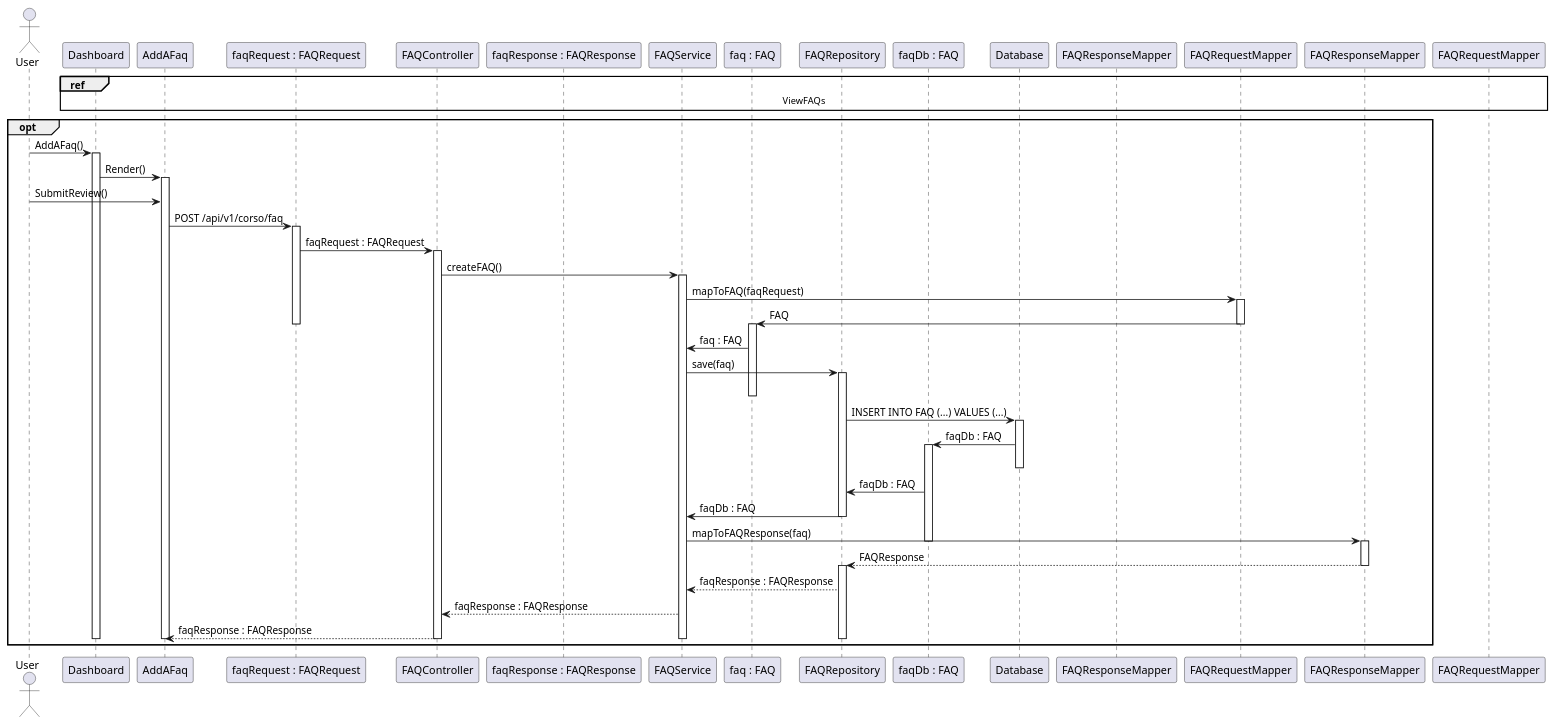
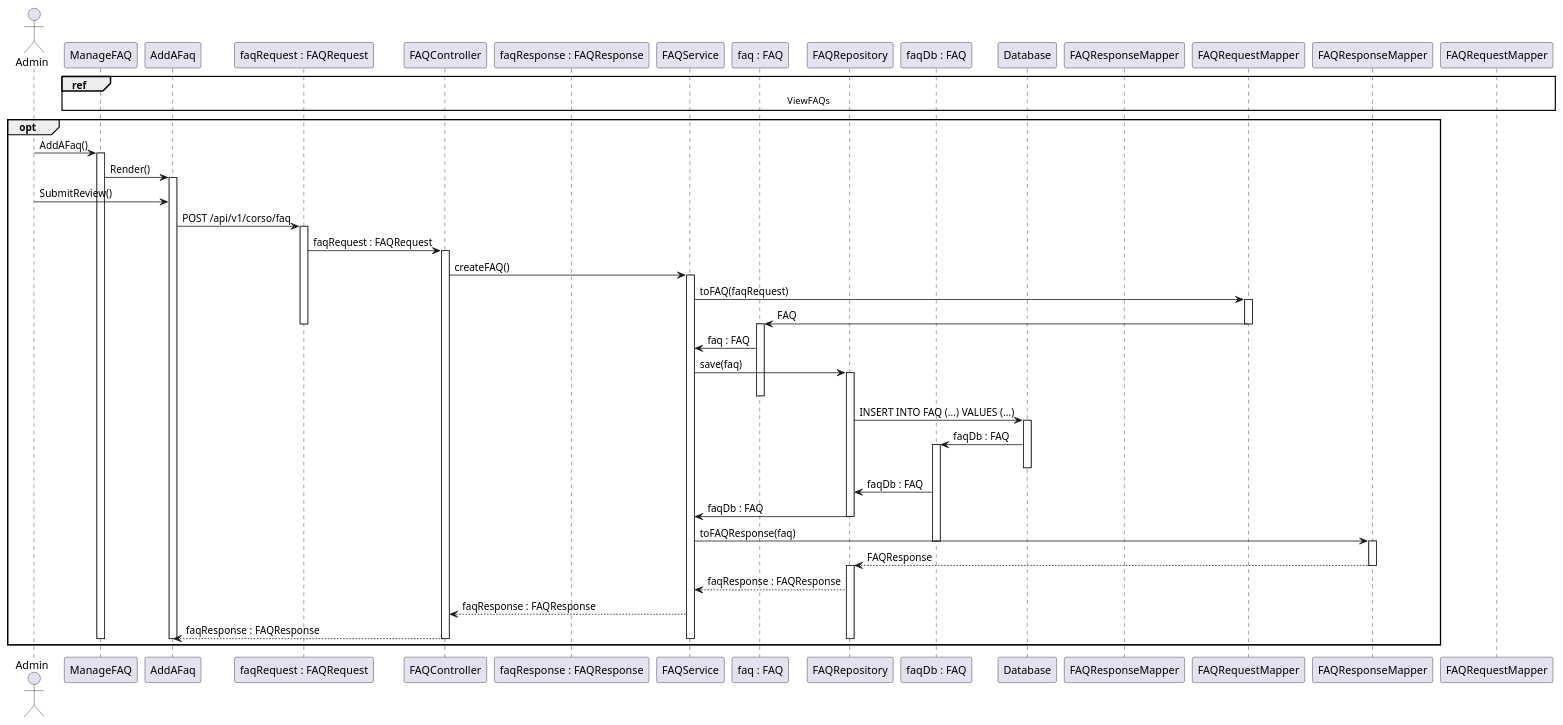
Before and after one commit to DylanBrass/Corso-Website: the diagram in Diagrams/LLSD/FAQs/CreateFaq.puml, drawn with PlantUML. The commit also changed 2 other files, not shown here.

Commit message:
diagrams (#113)

```diff
--- a/Diagrams/LLSD/FAQs/CreateFaq.puml
+++ b/Diagrams/LLSD/FAQs/CreateFaq.puml
@@ -1,84 +1,84 @@
 @startuml
 
-actor User
+actor Admin as User
 
-participant "Dashboard" as Dashboard
+participant "ManageFAQ" as Dashboard
 participant "AddAFaq" as WriteFAQPage
 participant "faqRequest : FAQRequest" as FAQRquest
 participant "FAQController" as FAQController
 participant "faqResponse : FAQResponse" as FAQRsponse
 participant "FAQService" as FAQService
 participant "faq : FAQ" as Fq
 participant "FAQRepository" as FAQRpository
 participant "faqDb : FAQ" as Fdb
 participant "Database" as Db
 participant "FAQResponseMapper" as FAQRsponseMapper
 participant "FAQRequestMapper" as FAQRquestMapper
 
 
 
 ref over Dashboard, WriteFAQPage, FAQRquest, FAQController, FAQRsponse, FAQService, Fq, FAQRpository, Fdb, Db, FAQResponseMapper, FAQRequestMapper
     ViewFAQs
 end ref
 
 opt
 User -> Dashboard: AddAFaq()
 activate Dashboard
 
 Dashboard -> WriteFAQPage: Render()
 activate WriteFAQPage
 
 User -> WriteFAQPage: SubmitReview()
 
 WriteFAQPage -> FAQRquest: POST /api/v1/corso/faq
 activate FAQRquest
 
 FAQRquest -> FAQController: faqRequest : FAQRequest
 activate FAQController
 
 FAQController -> FAQService: createFAQ()
 activate FAQService
 
-FAQService -> FAQRquestMapper: mapToFAQ(faqRequest)
+FAQService -> FAQRquestMapper: toFAQ(faqRequest)
 activate FAQRquestMapper
 
 FAQRquestMapper -> Fq: FAQ
 deactivate FAQRquest
 deactivate FAQRquestMapper
 activate Fq
 
 Fq -> FAQService : faq : FAQ
 FAQService -> FAQRpository: save(faq)
 activate FAQRpository
 deactivate Fq
 
 FAQRpository -> Db: INSERT INTO FAQ (...) VALUES (...)
 activate Db
 
 Db -> Fdb: faqDb : FAQ
 activate Fdb
 
 deactivate Db
 
 Fdb -> FAQRpository: faqDb : FAQ
 FAQRpository -> FAQService: faqDb : FAQ
 deactivate FAQRpository
-FAQService -> FAQResponseMapper: mapToFAQResponse(faq)
+FAQService -> FAQResponseMapper: toFAQResponse(faq)
 deactivate Fdb
 activate FAQResponseMapper
 
 FAQResponseMapper --> FAQRpository: FAQResponse
 deactivate FAQResponseMapper
 activate FAQRpository
 
 FAQRpository --> FAQService : faqResponse : FAQResponse
 FAQService --> FAQController: faqResponse : FAQResponse
 FAQController --> WriteFAQPage: faqResponse : FAQResponse
 deactivate FAQRpository
 
 deactivate FAQService
 deactivate FAQController
 deactivate WriteFAQPage
 deactivate Dashboard
 end
 @enduml
```
